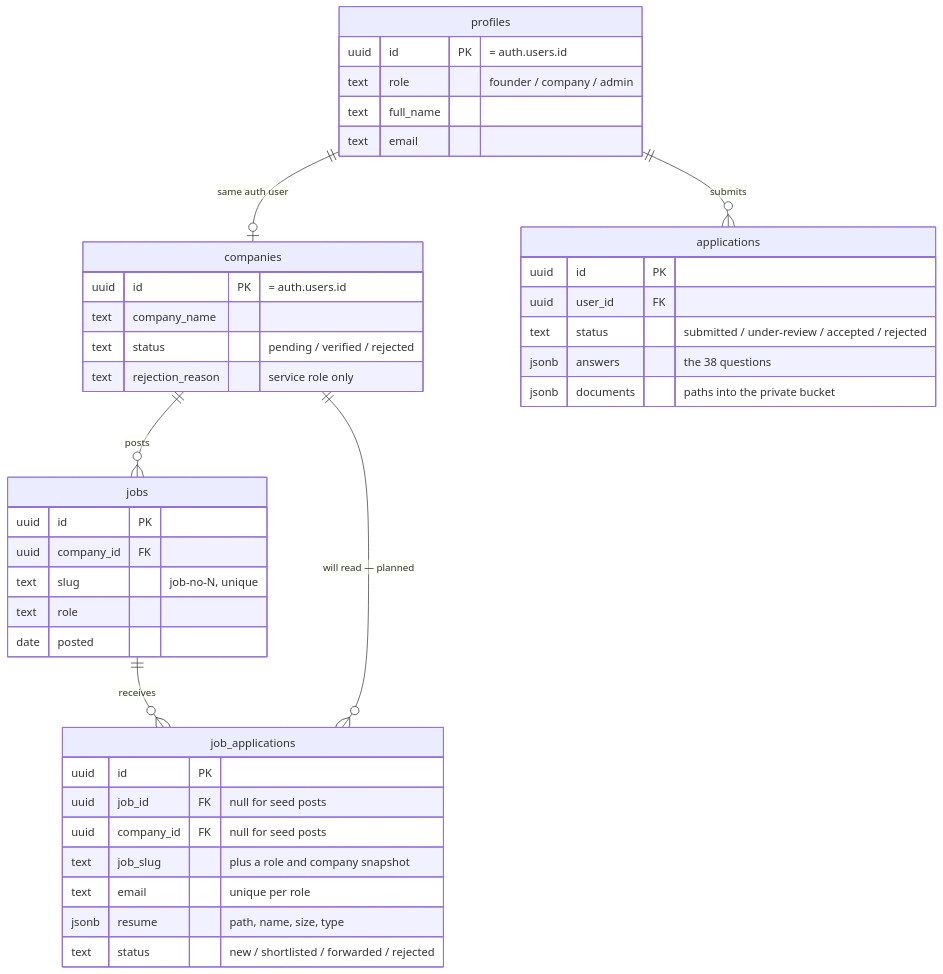
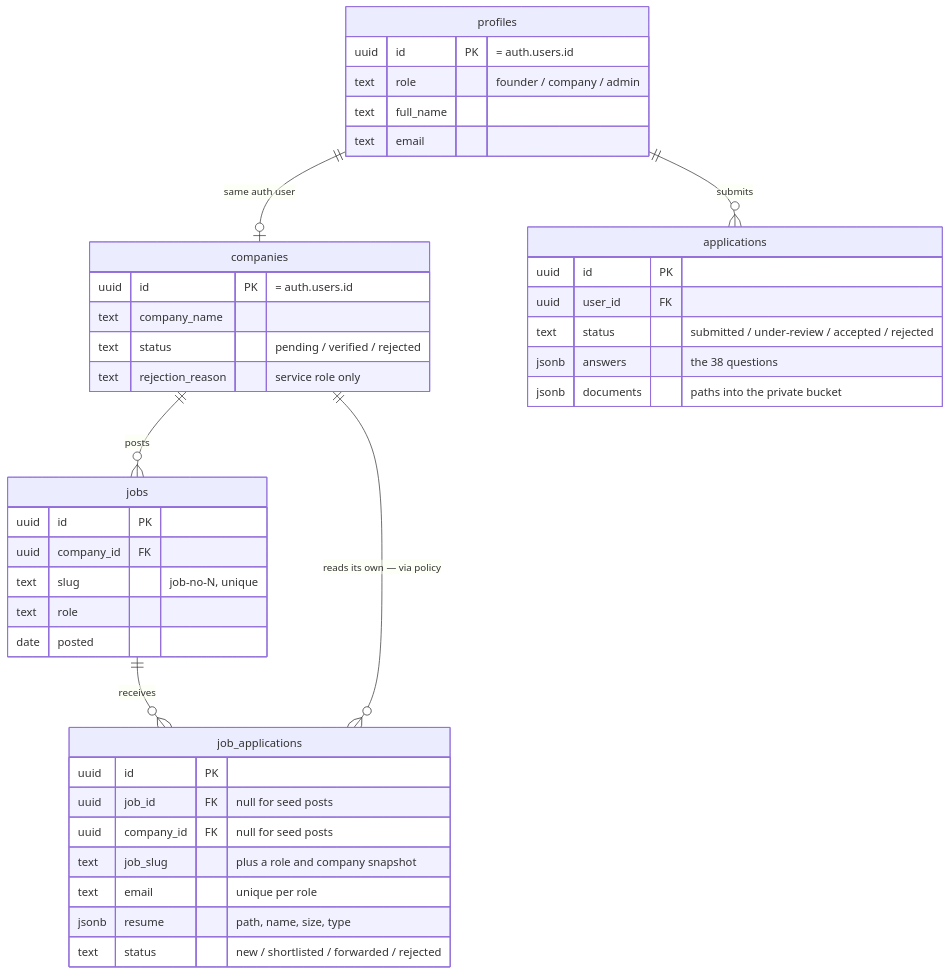
The second of 5 diagrams in README.md (Machahary07/frontend-iitgtic), drawn with Mermaid before and after one commit. The commit also changed other lines of this file and 1 other file, not shown here.

````diff
--- a/README.md
+++ b/README.md
@@ -336,44 +340,44 @@
 ```mermaid
 erDiagram
     profiles {
         uuid id PK "= auth.users.id"
         text role "founder / company / admin"
         text full_name
         text email
     }
     companies {
         uuid id PK "= auth.users.id"
         text company_name
         text status "pending / verified / rejected"
         text rejection_reason "service role only"
     }
     jobs {
         uuid id PK
         uuid company_id FK
         text slug "job-no-N, unique"
         text role
         date posted
     }
     applications {
         uuid id PK
         uuid user_id FK
         text status "submitted / under-review / accepted / rejected"
         jsonb answers "the 38 questions"
         jsonb documents "paths into the private bucket"
     }
     job_applications {
         uuid id PK
         uuid job_id FK "null for seed posts"
         uuid company_id FK "null for seed posts"
         text job_slug "plus a role and company snapshot"
         text email "unique per role"
         jsonb resume "path, name, size, type"
         text status "new / shortlisted / forwarded / rejected"
     }
 
     profiles ||--o| companies : "same auth user"
     companies ||--o{ jobs : "posts"
     profiles ||--o{ applications : "submits"
     jobs ||--o{ job_applications : "receives"
-    companies ||--o{ job_applications : "will read — planned"
+    companies ||--o{ job_applications : "reads its own — via policy"
 ```
````
